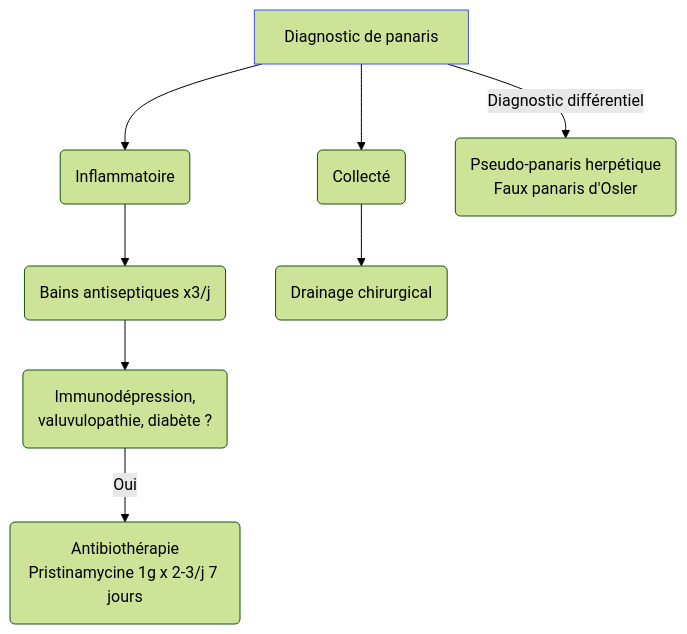
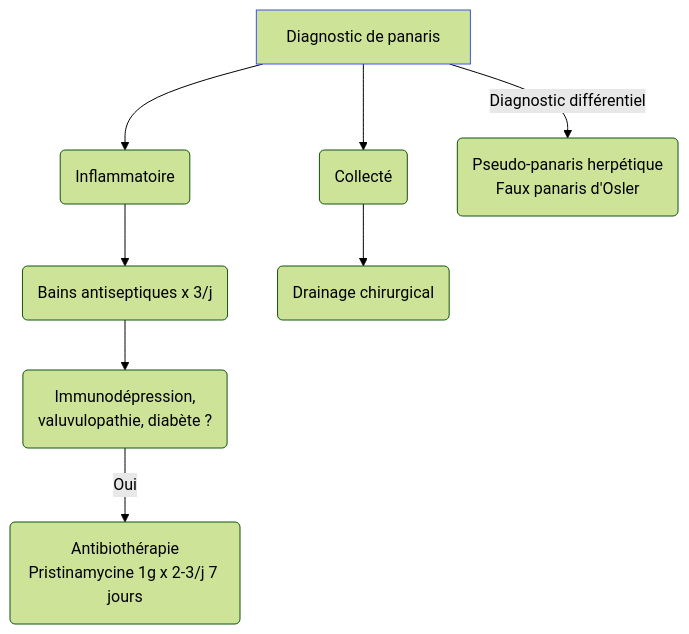
One commit to djibe/recommandations-medicales changed the diagram in content/recommandations/panaris.md. Above: the diagram before and after it, drawn with Mermaid (forest theme). The commit also changed 25 other files, not shown here.

Commit message:
Flowcharts: escape symbols

```diff
--- a/content/recommandations/panaris.md
+++ b/content/recommandations/panaris.md
@@ -131,7 +131,7 @@
 {{< mermaid title="Conduite à tenir devant un panaris" >}}
 graph TB
-  diagnostic[Diagnostic de panaris] --> inflammatoire(Inflammatoire) --> bains(Bains antiseptiques x3/j) --> immunodepression("Immunodépression,<br>valuvulopathie, diabète ?") -- Oui --> ATB(Antibiothérapie<br>Pristinamycine 1g x 2-3/j 7 jours)
+  diagnostic[Diagnostic de panaris] --> inflammatoire(Inflammatoire) --> bains(Bains antiseptiques x 3/j) --> immunodepression("Immunodépression,<br>valuvulopathie, diabète ?") -- Oui --> ATB(Antibiothérapie<br>Pristinamycine 1g x 2-3/j 7 jours)
   style diagnostic stroke:#4150f5, stroke-width:1px
   diagnostic --> collecte(Collecté) --> chir(Drainage chirurgical)
   diagnostic -- Diagnostic différentiel --> differentiel("Pseudo-panaris herpétique<br>Faux panaris d'Osler")
 {{< /mermaid >}}
```
